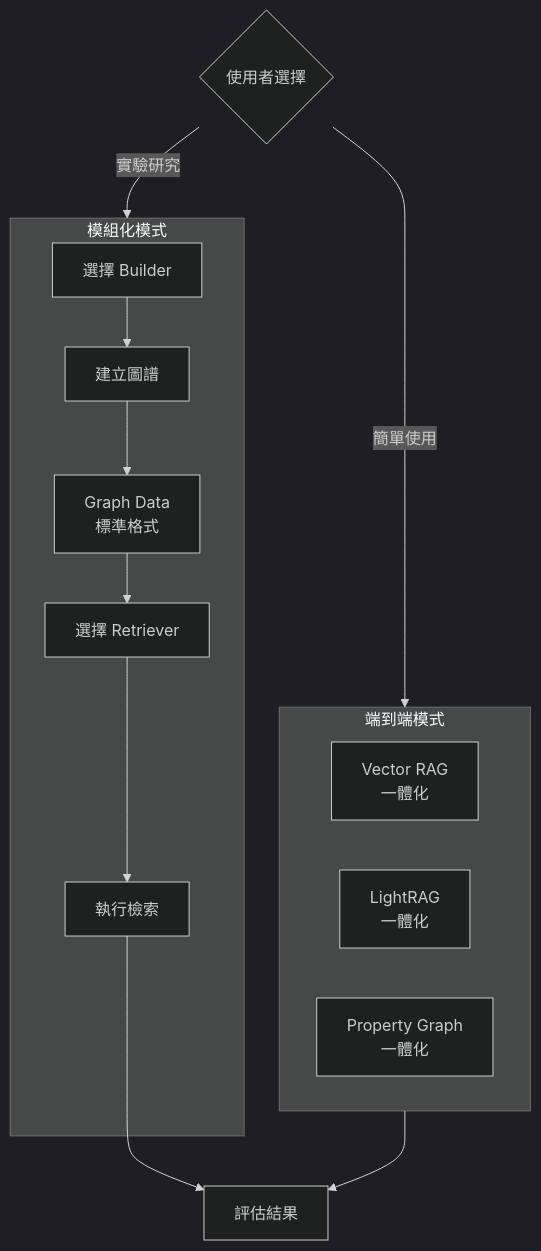
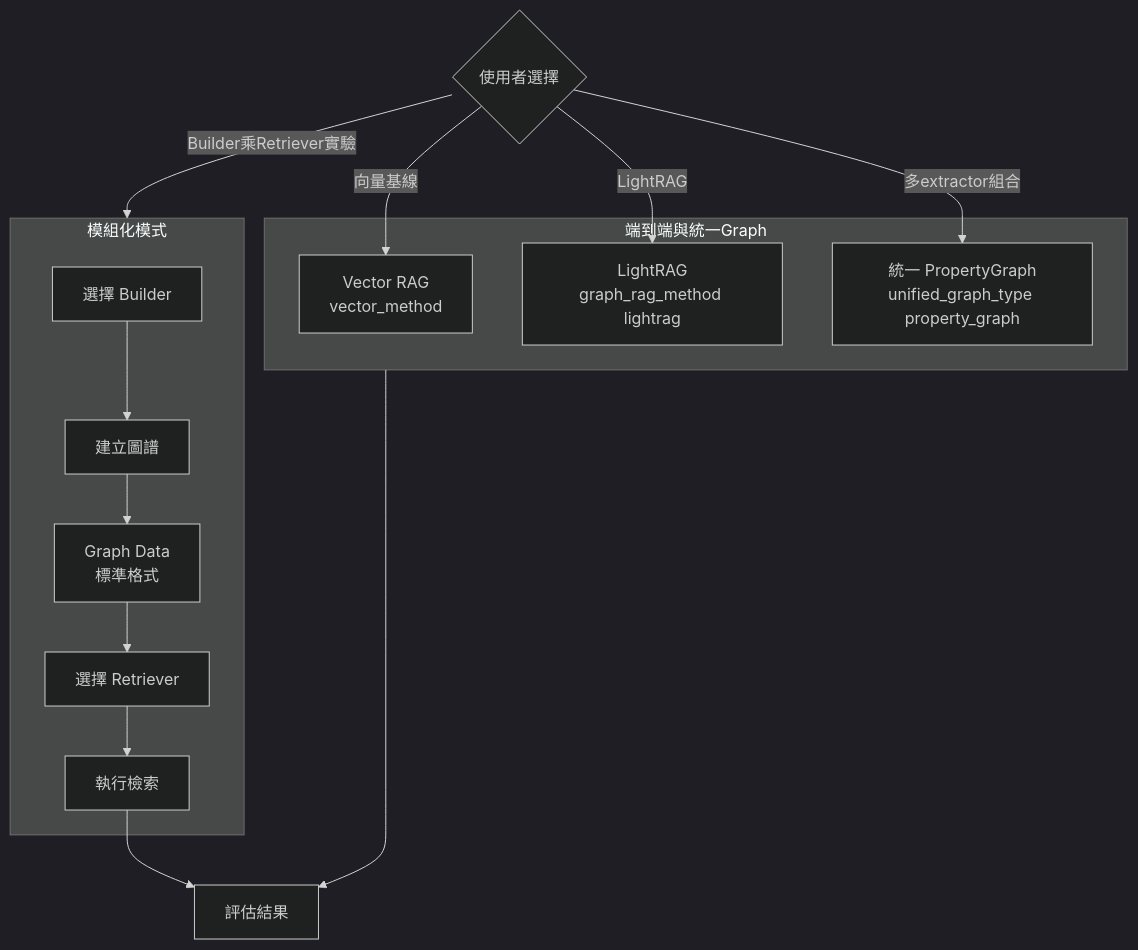
One commit to Hsuanyu-wang/End_to_End changed diagram 18 of 26 in docs/ARCHITECTURE.md. Above: the diagram before and after it, drawn with Mermaid (dark theme). The commit also changed other lines of this file and 123 other files, not shown here.

````diff
--- a/docs/ARCHITECTURE.md
+++ b/docs/ARCHITECTURE.md
@@ -797,22 +834,24 @@
 ```mermaid
 graph TB
-    subgraph endToEnd[端到端模式]
-        E2E_Vector[Vector RAG<br/>一體化]
-        E2E_LightRAG[LightRAG<br/>一體化]
-        E2E_Property[Property Graph<br/>一體化]
+    subgraph endToEnd[端到端與統一Graph]
+        E2E_Vector[Vector RAG<br/>vector_method]
+        E2E_LightRAG[LightRAG<br/>graph_rag_method lightrag]
+        UnifiedPG[統一 PropertyGraph<br/>unified_graph_type property_graph]
     end
     
     subgraph modular[模組化模式]
         SelectBuilder[選擇 Builder] --> BuildGraph[建立圖譜]
         BuildGraph --> GraphData[Graph Data<br/>標準格式]
         GraphData --> SelectRetriever[選擇 Retriever]
         SelectRetriever --> Retrieve[執行檢索]
     end
     
     User{使用者選擇}
-    User -->|簡單使用| endToEnd
-    User -->|實驗研究| modular
+    User -->|向量基線| E2E_Vector
+    User -->|LightRAG| E2E_LightRAG
+    User -->|多extractor組合| UnifiedPG
+    User -->|Builder乘Retriever實驗| modular
     
     endToEnd --> Results[評估結果]
     Retrieve --> Results
 ```
````
